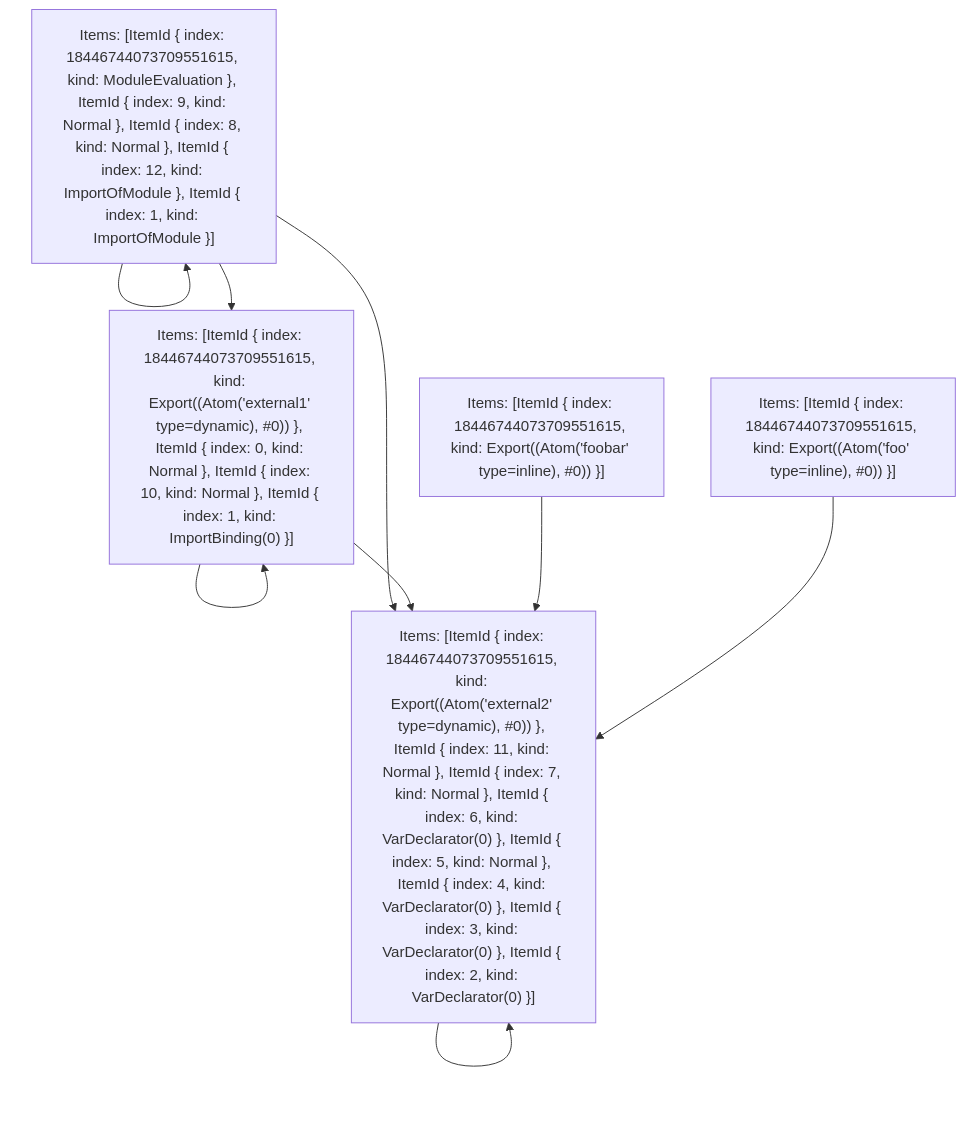
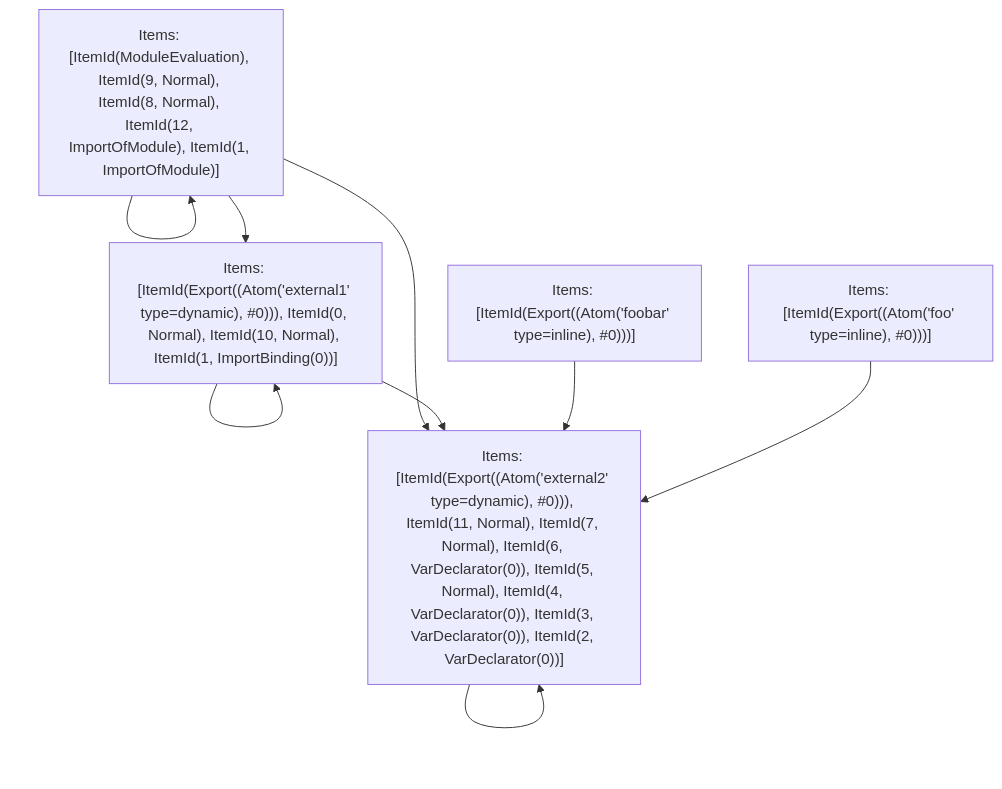
Before and after one commit to vercel/turborepo: the fifth of 5 diagrams in crates/turbopack-ecmascript/tests/tree-shaker/analyzer/2/output.md, drawn with Mermaid. The commit also changed 2 other files, not shown here.

Commit message:
Update test refs

````diff
--- a/crates/turbopack-ecmascript/tests/tree-shaker/analyzer/2/output.md
+++ b/crates/turbopack-ecmascript/tests/tree-shaker/analyzer/2/output.md
@@ -368,16 +368,16 @@
 ```mermaid
 graph TD
-    N0["Items: [ItemId { index: 18446744073709551615, kind: ModuleEvaluation }, ItemId { index: 9, kind: Normal }, ItemId { index: 8, kind: Normal }, ItemId { index: 12, kind: ImportOfModule }, ItemId { index: 1, kind: ImportOfModule }]"];
-    N1["Items: [ItemId { index: 18446744073709551615, kind: Export((Atom('external1' type=dynamic), #0)) }, ItemId { index: 0, kind: Normal }, ItemId { index: 10, kind: Normal }, ItemId { index: 1, kind: ImportBinding(0) }]"];
-    N2["Items: [ItemId { index: 18446744073709551615, kind: Export((Atom('foobar' type=inline), #0)) }]"];
-    N3["Items: [ItemId { index: 18446744073709551615, kind: Export((Atom('foo' type=inline), #0)) }]"];
-    N4["Items: [ItemId { index: 18446744073709551615, kind: Export((Atom('external2' type=dynamic), #0)) }, ItemId { index: 11, kind: Normal }, ItemId { index: 7, kind: Normal }, ItemId { index: 6, kind: VarDeclarator(0) }, ItemId { index: 5, kind: Normal }, ItemId { index: 4, kind: VarDeclarator(0) }, ItemId { index: 3, kind: VarDeclarator(0) }, ItemId { index: 2, kind: VarDeclarator(0) }]"];
+    N0["Items: [ItemId(ModuleEvaluation), ItemId(9, Normal), ItemId(8, Normal), ItemId(12, ImportOfModule), ItemId(1, ImportOfModule)]"];
+    N1["Items: [ItemId(Export((Atom('external1' type=dynamic), #0))), ItemId(0, Normal), ItemId(10, Normal), ItemId(1, ImportBinding(0))]"];
+    N2["Items: [ItemId(Export((Atom('foobar' type=inline), #0)))]"];
+    N3["Items: [ItemId(Export((Atom('foo' type=inline), #0)))]"];
+    N4["Items: [ItemId(Export((Atom('external2' type=dynamic), #0))), ItemId(11, Normal), ItemId(7, Normal), ItemId(6, VarDeclarator(0)), ItemId(5, Normal), ItemId(4, VarDeclarator(0)), ItemId(3, VarDeclarator(0)), ItemId(2, VarDeclarator(0))]"];
     N0 --> N0;
     N0 --> N1;
     N0 --> N4;
     N1 --> N1;
     N1 --> N4;
     N2 --> N4;
     N3 --> N4;
     N4 --> N4;
 ```
````
